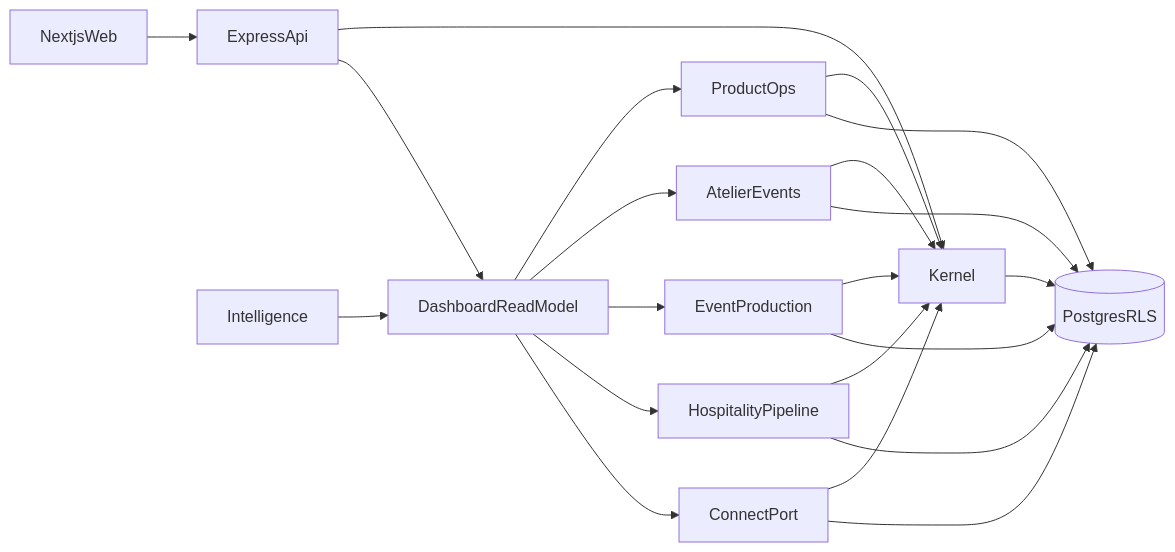
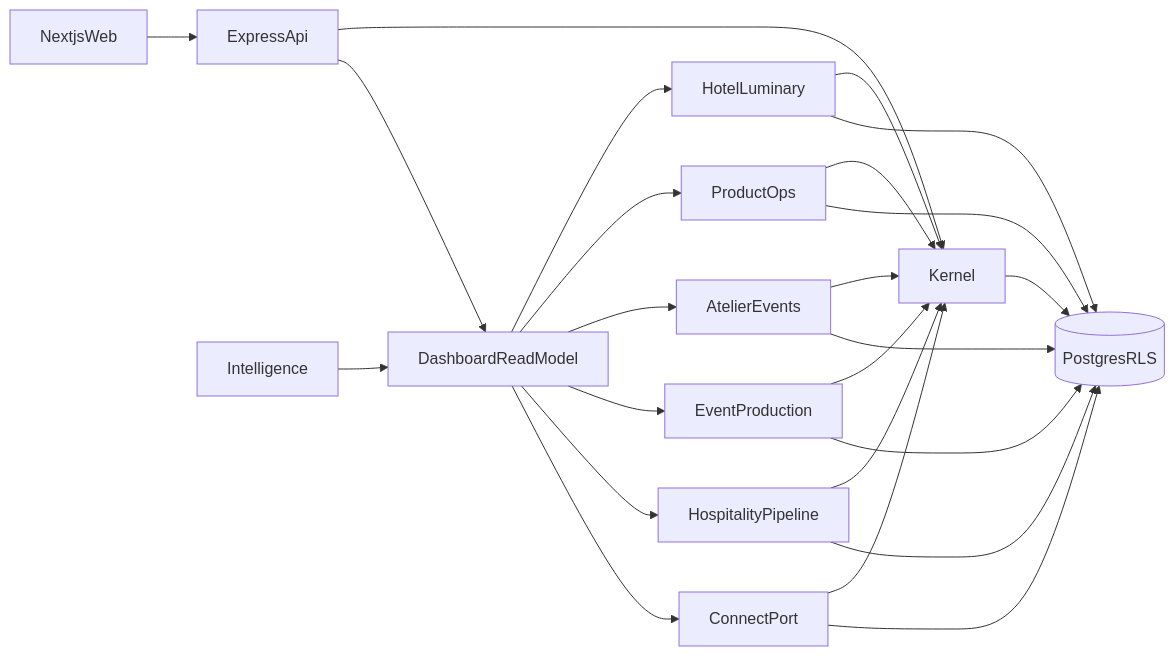
Before and after one commit to noleysc/stemworks-arch-seniorProject: the diagram in docs/architecture/README.md, drawn with Mermaid. The commit also changed other lines of this file and 6 other files, not shown here.

First line of the commit message:
Make Luminary Hotel the first Stemworks build.

````diff
--- a/docs/architecture/README.md
+++ b/docs/architecture/README.md
@@ -51,35 +64,39 @@
 ```mermaid
 flowchart LR
   web[NextjsWeb]
   api[ExpressApi]
   kernel[Kernel]
   dash[DashboardReadModel]
+  hotel[HotelLuminary]
   product[ProductOps]
   atelier[AtelierEvents]
   series[EventProduction]
   haven[HospitalityPipeline]
   intel[Intelligence]
   connect[ConnectPort]
   db[(PostgresRLS)]
 
   web --> api
   api --> kernel
   api --> dash
+  dash --> hotel
   dash --> product
   dash --> atelier
   dash --> series
   dash --> haven
   dash --> connect
   intel --> dash
+  hotel --> kernel
   product --> kernel
   atelier --> kernel
   series --> kernel
   haven --> kernel
   connect --> kernel
   kernel --> db
+  hotel --> db
   product --> db
   atelier --> db
   series --> db
   haven --> db
   connect --> db
 ```
````
